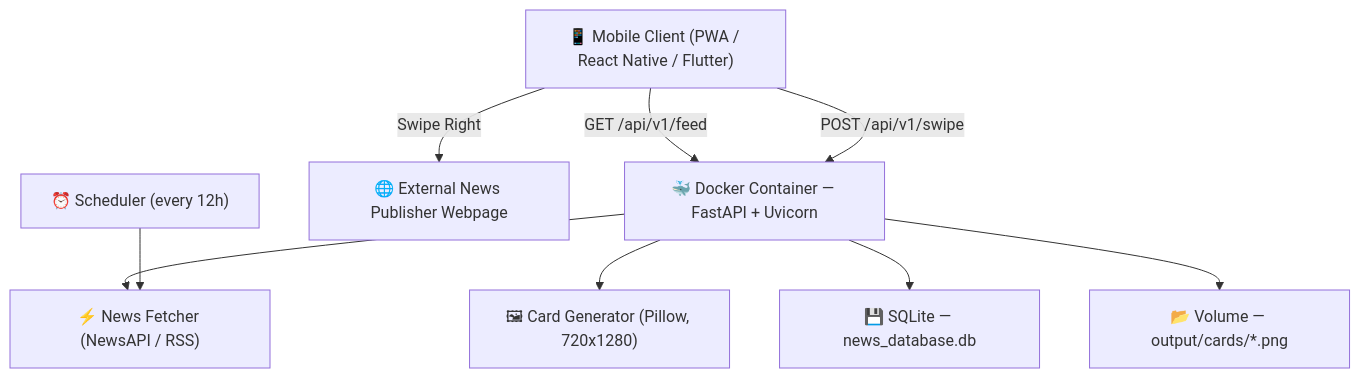
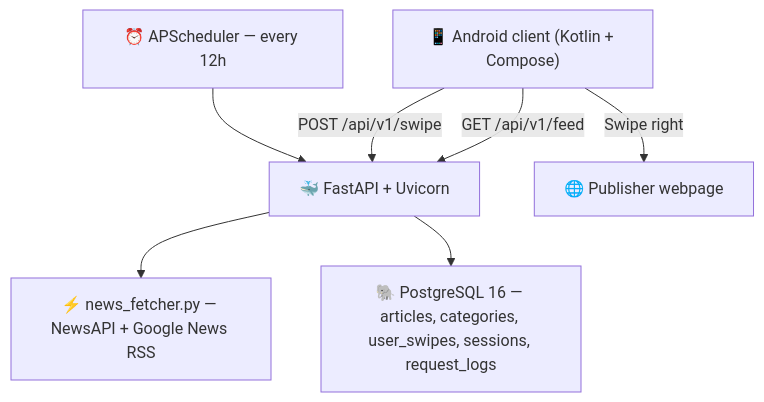
The diagram in README.md (kvsznmate/Paperswap), drawn with Mermaid before and after one commit. The commit also changed other lines of this file and 2 other files, not shown here.

First line of the commit message:
Refresh project docs for Android + backend

````diff
--- a/README.md
+++ b/README.md
@@ -28,11 +31,9 @@
 ```mermaid
 graph TD
-    A["📱 Mobile Client (PWA / React Native / Flutter)"] -->|GET /api/v1/feed| B["🐳 Docker Container — FastAPI + Uvicorn"]
-    A -->|Swipe Right| C["🌐 External News Publisher Webpage"]
-    A -->|POST /api/v1/swipe| B
-    B --> D["⚡ News Fetcher (NewsAPI / RSS)"]
-    B --> E["🖼 Card Generator (Pillow, 720x1280)"]
-    B --> F["💾 SQLite — news_database.db"]
-    B --> G["📂 Volume — output/cards/*.png"]
-    H["⏰ Scheduler (every 12h)"] --> D
+    A["📱 Android client (Kotlin + Compose)"] -->|"GET /api/v1/feed"| B["🐳 FastAPI + Uvicorn"]
+    A -->|"POST /api/v1/swipe"| B
+    A -->|"Swipe right"| C["🌐 Publisher webpage"]
+    B --> D["⚡ news_fetcher.py — NewsAPI + Google News RSS"]
+    B --> E["🐘 PostgreSQL 16 — articles, categories, user_swipes, sessions, request_logs"]
+    F["⏰ APScheduler — every 12h"] --> B
 ```
````
